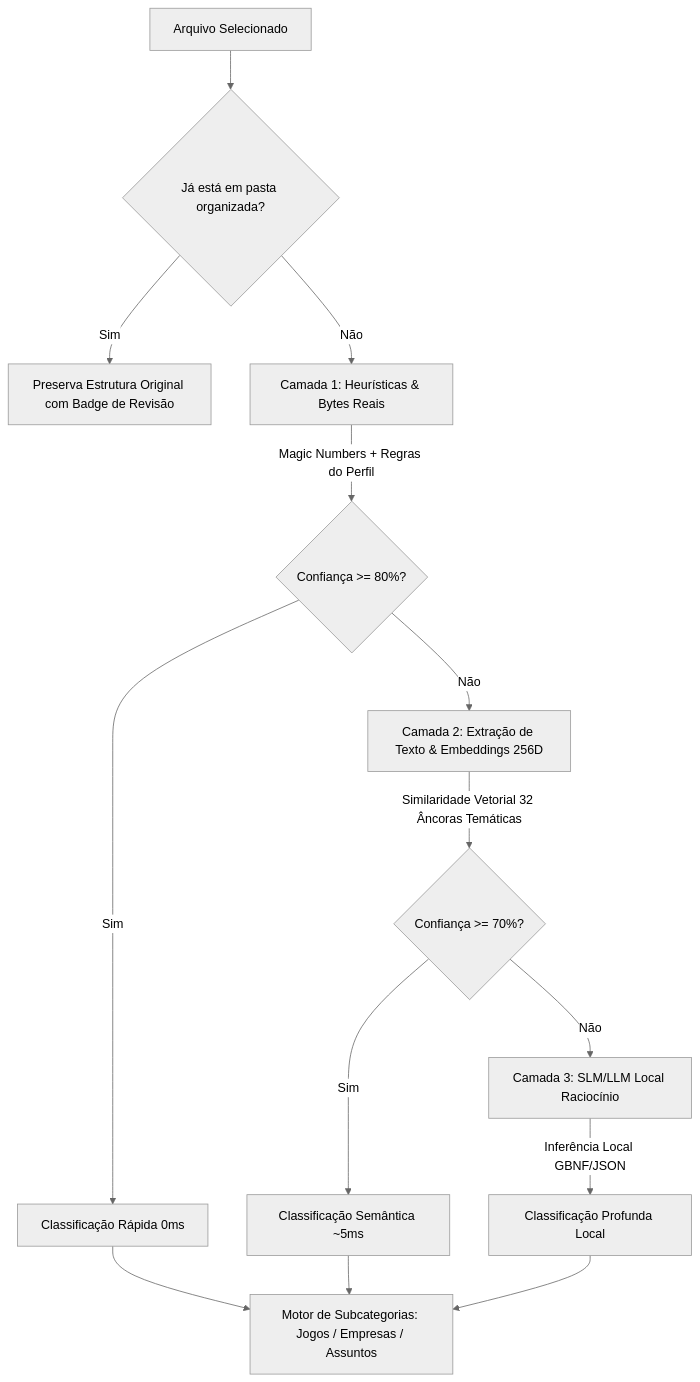
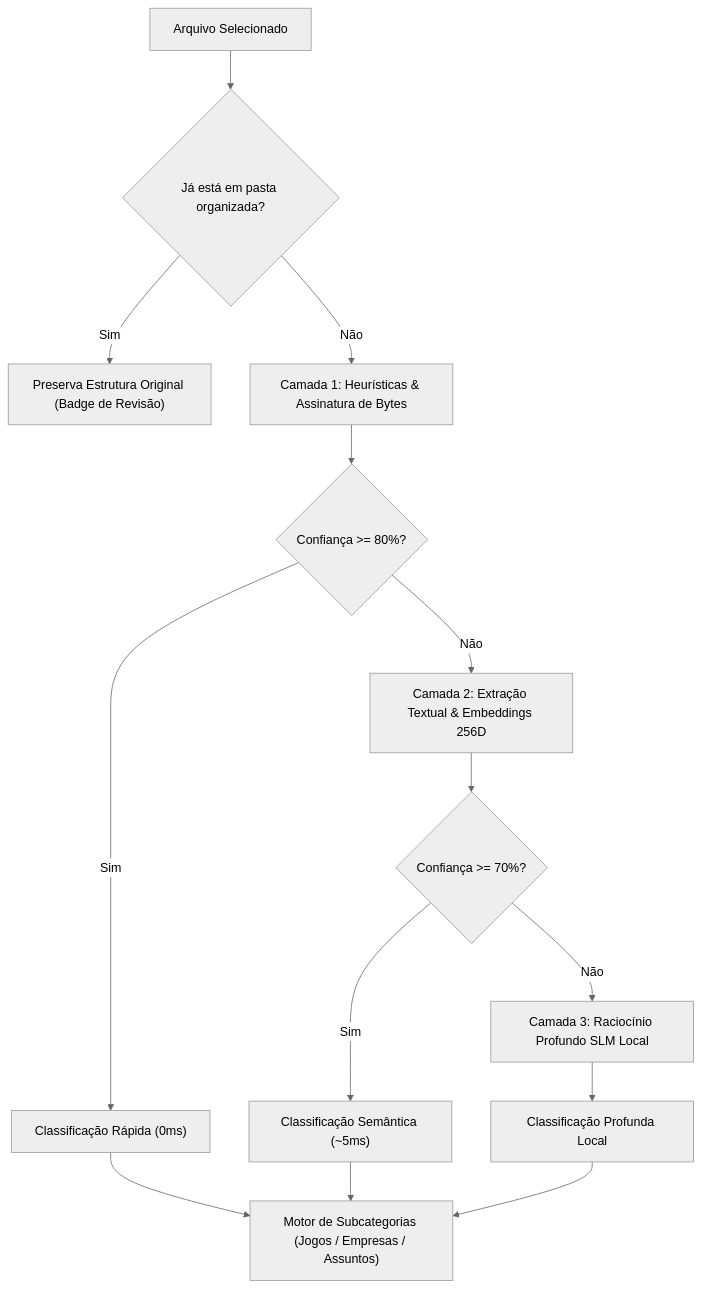
One commit to pongitV/Indexo changed the first of 2 diagrams in README.md. Above: the diagram before and after it, drawn with Mermaid (neutral theme). The commit also changed other lines of this file and 1 other file, not shown here.

Commit message:
fix(docs): refaz sintaxe dos diagramas Mermaid para total compatibilidade com renderizadores markdown

````diff
--- a/README.md
+++ b/README.md
@@ -78,16 +78,16 @@
 ```mermaid
-graph TD
-    A[Arquivo Selecionado] --> P{Já está em pasta organizada?}
-    P -->|Sim| PRESERV[Preserva Estrutura Original com Badge de Revisão]
-    P -->|Não| B[Camada 1: Heurísticas & Bytes Reais]
-    B -->|Magic Numbers + Regras do Perfil| Z{Confiança >= 80%?}
-    Z -->|Sim| R1[Classificação Rápida 0ms]
-    Z -->|Não| C[Camada 2: Extração de Texto & Embeddings 256D]
-    C -->|Similaridade Vetorial 32 Âncoras Temáticas| Y{Confiança >= 70%?}
-    Y -->|Sim| R2[Classificação Semântica ~5ms]
-    Y -->|Não| D[Camada 3: SLM/LLM Local Raciocínio]
-    D -->|Inferência Local GBNF/JSON| R3[Classificação Profunda Local]
-    R1 --> SUB[Motor de Subcategorias: Jogos / Empresas / Assuntos]
+flowchart TD
+    A["Arquivo Selecionado"] --> P{"Já está em pasta organizada?"}
+    P -->|"Sim"| PRESERV["Preserva Estrutura Original (Badge de Revisão)"]
+    P -->|"Não"| B["Camada 1: Heurísticas & Assinatura de Bytes"]
+    B --> Z{"Confiança >= 80%?"}
+    Z -->|"Sim"| R1["Classificação Rápida (0ms)"]
+    Z -->|"Não"| C["Camada 2: Extração Textual & Embeddings 256D"]
+    C --> Y{"Confiança >= 70%?"}
+    Y -->|"Sim"| R2["Classificação Semântica (~5ms)"]
+    Y -->|"Não"| D["Camada 3: Raciocínio Profundo SLM Local"]
+    D --> R3["Classificação Profunda Local"]
+    R1 --> SUB["Motor de Subcategorias (Jogos / Empresas / Assuntos)"]
     R2 --> SUB
     R3 --> SUB
 ```
````
